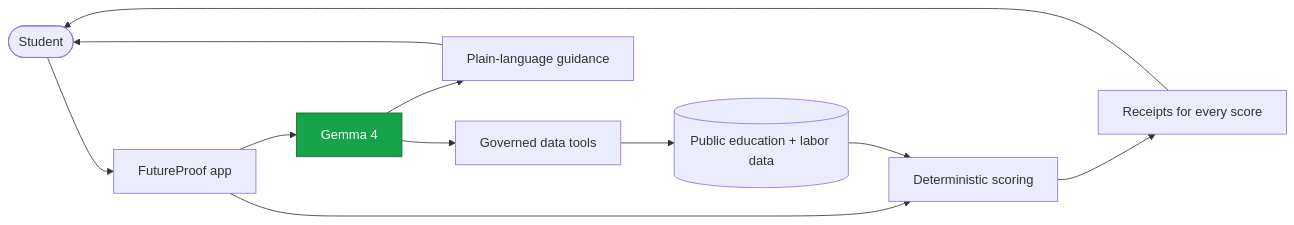
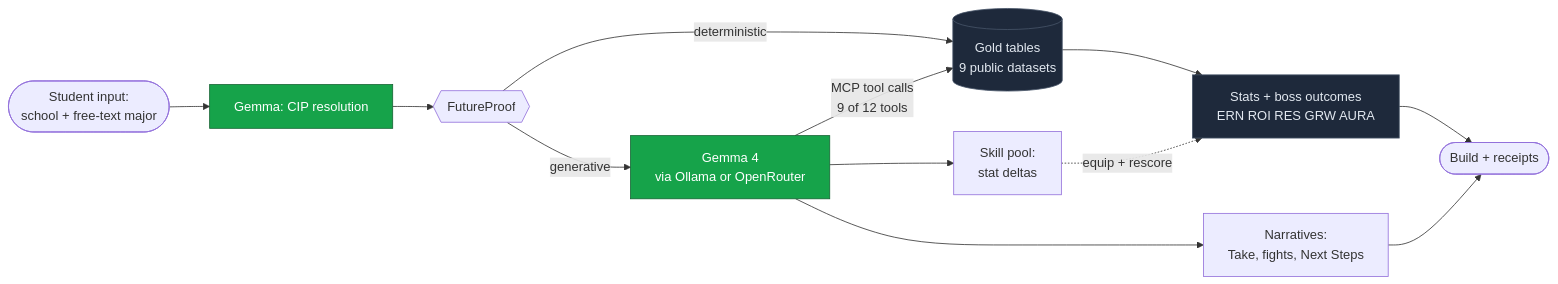
One commit to jcernauske/futureproof-data changed the first of 2 diagrams in README.md. Above: the diagram before and after it, drawn with Mermaid. The commit also changed other lines of this file and 9 other files, not shown here.

````diff
--- a/README.md
+++ b/README.md
@@ -63,16 +63,22 @@
 ```mermaid
 flowchart LR
-  Student([Student]) --> App[FutureProof app]
-  App --> Gemma[Gemma 4]
-  App --> Scores[Deterministic scoring]
-  Gemma --> Tools[Governed data tools]
-  Tools --> Data[(Public education + labor data)]
-  Scores --> Receipts[Receipts for every score]
-  Data --> Scores
-  Gemma --> Guidance[Plain-language guidance]
-  Receipts --> Student
-  Guidance --> Student
+  S([Student input:<br/>school + free-text major]) --> INTENT[Gemma: CIP resolution]
+  INTENT --> SPLIT{{FutureProof}}
+
+  SPLIT -->|deterministic| GOLD[(Gold tables<br/>9 public datasets)]
+  GOLD --> SCORES[Stats + boss outcomes<br/>ERN ROI RES GRW AURA]
+
+  SPLIT -->|generative| GEMMA[Gemma 4<br/>via Ollama or OpenRouter]
+  GEMMA -->|MCP tool calls<br/>9 of 12 tools| GOLD
+  GEMMA --> WORDS[Narratives:<br/>Take, fights, Next Steps]
+  GEMMA --> SKILLS[Skill pool:<br/>stat deltas]
+  SKILLS -.equip + rescore.-> SCORES
+
+  SCORES --> OUT([Build + receipts])
+  WORDS --> OUT
 
   classDef gemma fill:#16a34a,stroke:#166534,color:#ffffff
-  class Gemma gemma
+  classDef data fill:#1e293b,stroke:#475569,color:#e2e8f0
+  class GEMMA,INTENT gemma
+  class GOLD,SCORES data
 ```
````
